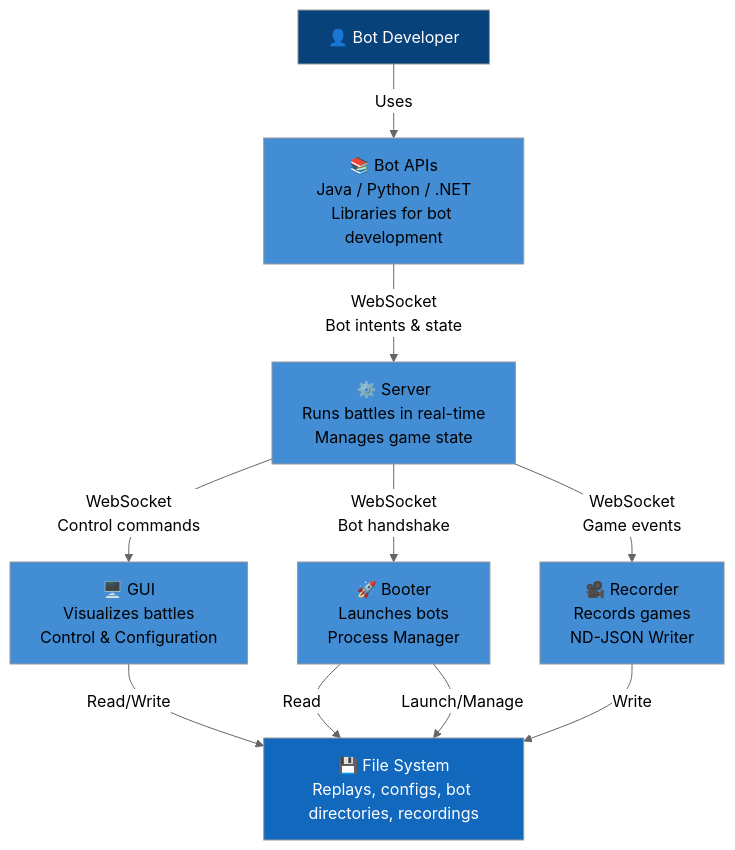
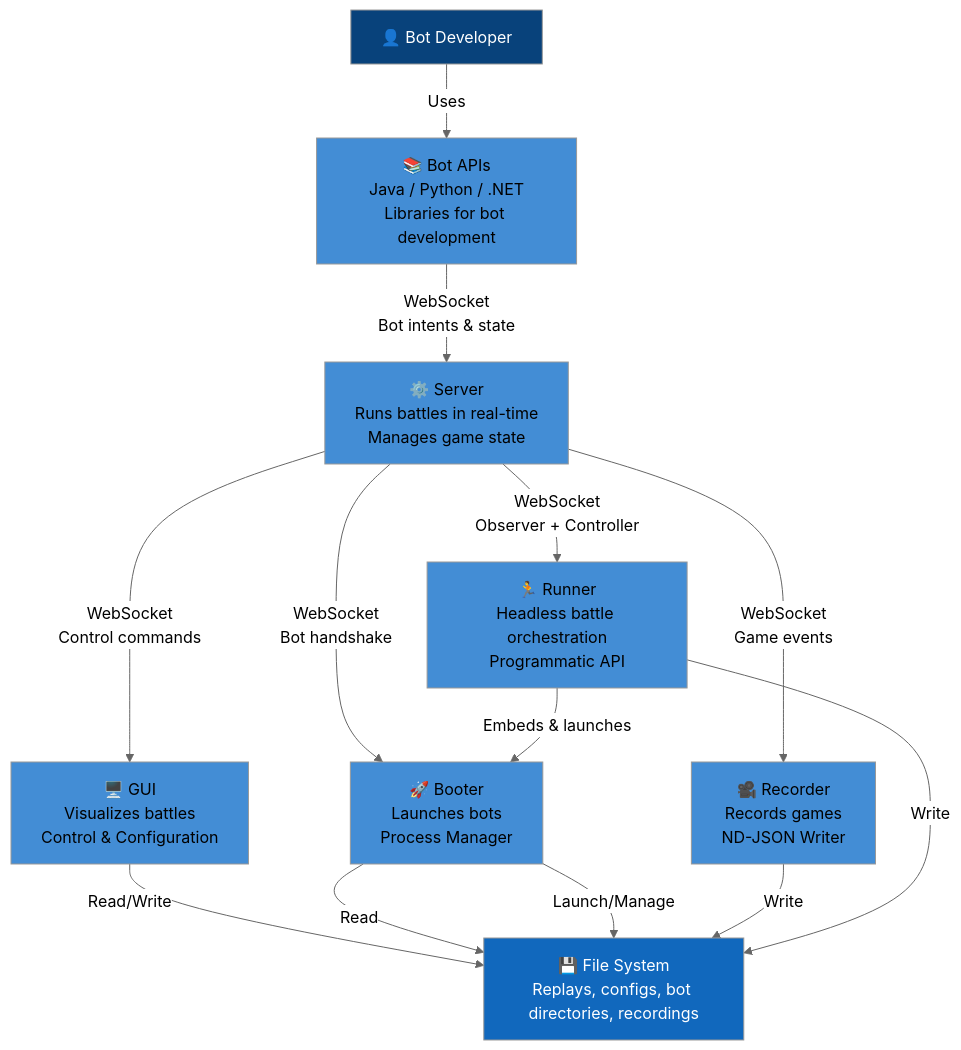
The first of 3 diagrams in docs-internal/architecture/c4-views/container.md (robocode-dev/tank-royale), drawn with Mermaid (neutral theme) before and after one commit. The commit also changed other lines of this file and 10 other files, not shown here.

First line of the commit message:
Add Battle Runner API documentation (task 11)

````diff
--- a/docs-internal/architecture/c4-views/container.md
+++ b/docs-internal/architecture/c4-views/container.md
@@ -35,28 +36,33 @@
 ```mermaid
 graph TD
     BotDev["👤 Bot Developer"]
     APIs["📚 Bot APIs<br/>Java / Python / .NET<br/>Libraries for bot development"]
     Server["⚙️ Server<br/>Runs battles in real-time<br/>Manages game state"]
     GUI["🖥️ GUI<br/>Visualizes battles<br/>Control & Configuration"]
+    Runner["🏃 Runner<br/>Headless battle orchestration<br/>Programmatic API"]
     Booter["🚀 Booter<br/>Launches bots<br/>Process Manager"]
     Recorder["🎥 Recorder<br/>Records games<br/>ND-JSON Writer"]
     FileSystem["💾 File System<br/>Replays, configs, bot directories, recordings"]
     
     BotDev -->|Uses| APIs
     APIs -->|WebSocket<br/>Bot intents & state| Server
     Server -->|WebSocket<br/>Control commands| GUI
+    Server -->|WebSocket<br/>Observer + Controller| Runner
     Server -->|WebSocket<br/>Bot handshake| Booter
     Server -->|WebSocket<br/>Game events| Recorder
+    Runner -->|Embeds & launches| Booter
     GUI -->|Read/Write| FileSystem
     Booter -->|Read| FileSystem
     Booter -->|Launch/Manage| FileSystem
     Recorder -->|Write| FileSystem
+    Runner -->|Write| FileSystem
     
     style BotDev fill:#08427b,color:#fff
     style APIs fill:#438dd5,color:#000
     style Server fill:#438dd5,color:#000
     style GUI fill:#438dd5,color:#000
+    style Runner fill:#438dd5,color:#000
     style Booter fill:#438dd5,color:#000
     style Recorder fill:#438dd5,color:#000
     style FileSystem fill:#1168bd,color:#fff
 ```
````
